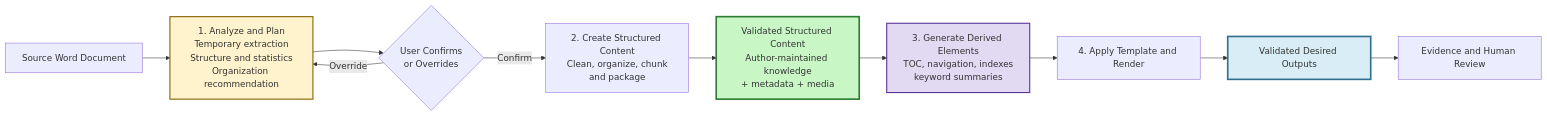
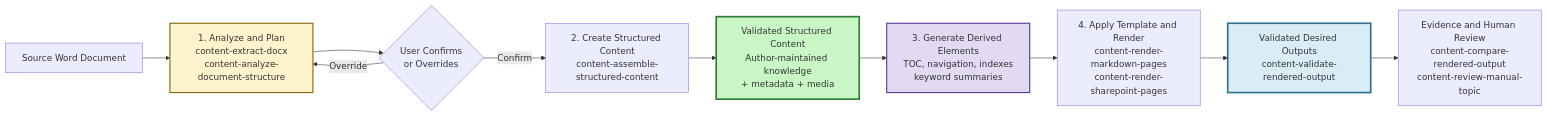
Before and after one commit to bcgov/sharepoint-knowledge-workbench: the diagram in docs/diagrams/01-phase1-overview.mmd, drawn with Mermaid. The commit also changed 2840 other files, not shown here.

```diff
--- a/docs/diagrams/01-phase1-overview.mmd
+++ b/docs/diagrams/01-phase1-overview.mmd
@@ -1,20 +1,20 @@
 flowchart LR
     Source["Source Word Document"]
-    Analyze["1. Analyze and Plan\nTemporary extraction\nStructure and statistics\nOrganization recommendation"]
+    Analyze["1. Analyze and Plan\ncontent-extract-docx\ncontent-analyze-document-structure"]
     Confirm{"User Confirms\nor Overrides"}
-    Convert["2. Create Structured Content\nClean, organize, chunk\nand package"]
+    Convert["2. Create Structured Content\ncontent-assemble-structured-content"]
     Structured["Validated Structured Content\nAuthor-maintained knowledge\n+ metadata + media"]
     Generate["3. Generate Derived Elements\nTOC, navigation, indexes\nkeyword summaries"]
-    Render["4. Apply Template and Render"]
-    Output["Validated Desired Outputs"]
-    Evidence["Evidence and Human Review"]
+    Render["4. Apply Template and Render\ncontent-render-markdown-pages\ncontent-render-sharepoint-pages"]
+    Output["Validated Desired Outputs\ncontent-validate-rendered-output"]
+    Evidence["Evidence and Human Review\ncontent-compare-rendered-output\ncontent-review-manual-topic"]
 
     Source --> Analyze --> Confirm
     Confirm -- "Override" --> Analyze
     Confirm -- "Confirm" --> Convert --> Structured
     Structured --> Generate --> Render --> Output --> Evidence
 
     style Analyze fill:#fff3cd,stroke:#856404,stroke-width:2px
     style Structured fill:#c8f7c5,stroke:#2e7d32,stroke-width:3px
     style Generate fill:#e2d9f3,stroke:#59359a,stroke-width:2px
     style Output fill:#d9edf7,stroke:#31708f,stroke-width:3px
```
